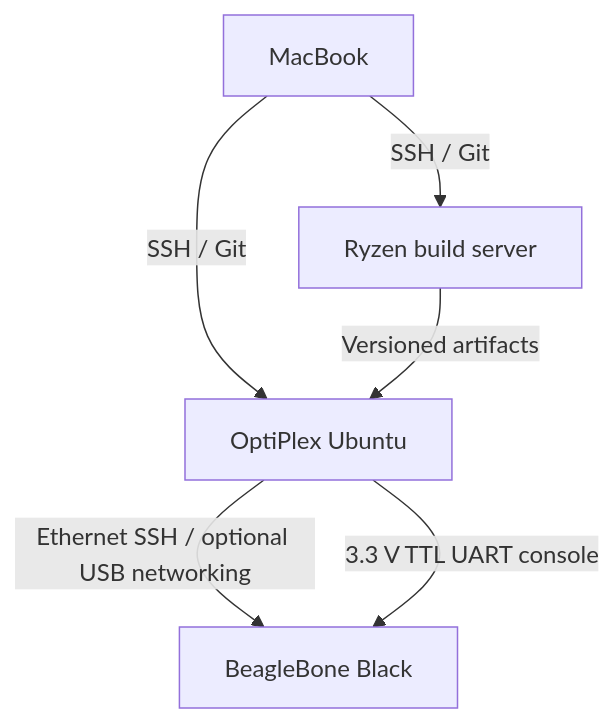
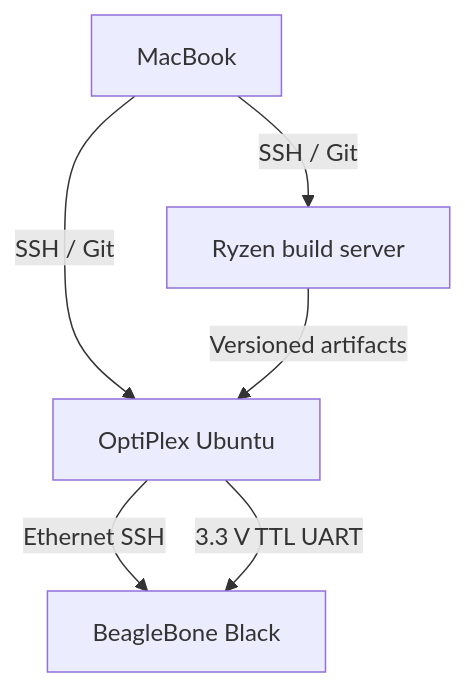
The diagram in docs/00-getting-started/07-ssh-remote-development.md (Baremetal-Core/bbb-linux-lab), drawn with Mermaid before and after one commit. The commit also changed other lines of this file and 7 other files, not shown here.

````diff
--- a/docs/00-getting-started/07-ssh-remote-development.md
+++ b/docs/00-getting-started/07-ssh-remote-development.md
@@ -28,8 +25,8 @@
 ```mermaid
 flowchart TD
   Mac[MacBook] -->|SSH / Git| Dell[OptiPlex Ubuntu]
-  Dell -->|Ethernet SSH / optional USB networking| BBB[BeagleBone Black]
-  Dell -->|3.3 V TTL UART console| BBB
+  Dell -->|Ethernet SSH| BBB[BeagleBone Black]
+  Dell -->|3.3 V TTL UART| BBB
   Mac -->|SSH / Git| Ryzen[Ryzen build server]
   Ryzen -->|Versioned artifacts| Dell
 ```
````
